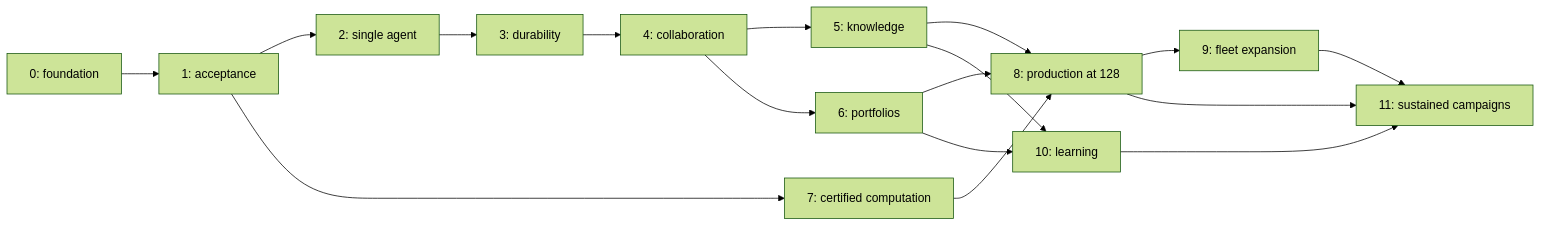
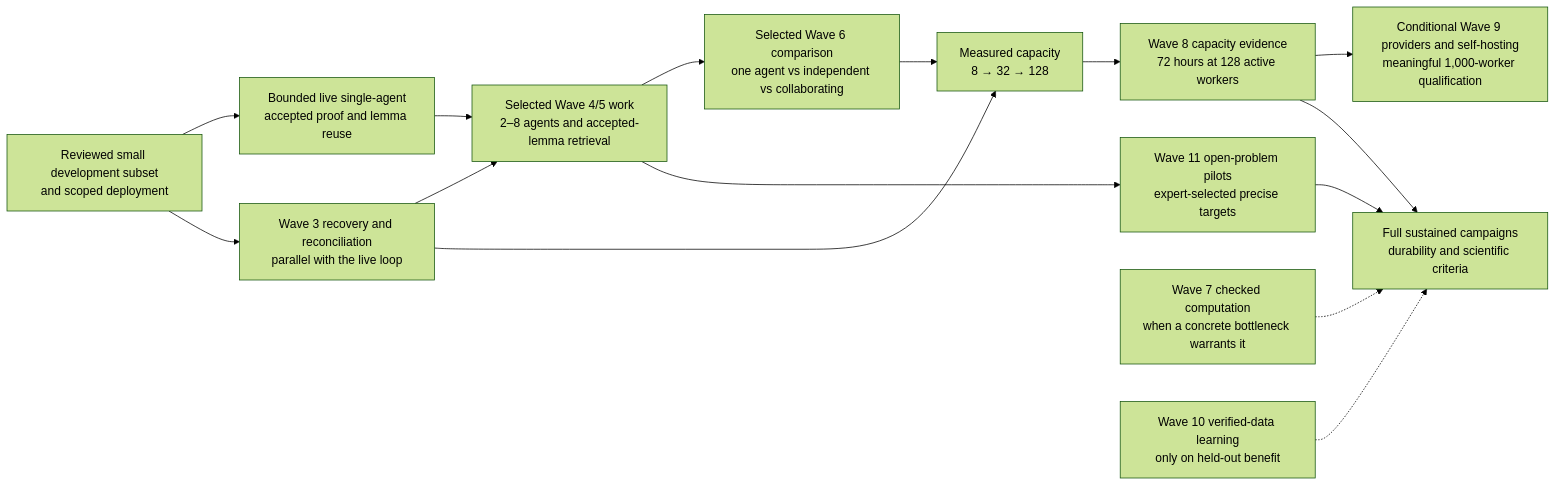
The diagram in docs/ROADMAP.md (zubadestroyer1/PhysHarness2), drawn with Mermaid (forest theme) before and after one commit. The commit also changed other lines of this file and 737 other files, not shown here.

````diff
--- a/docs/ROADMAP.md
+++ b/docs/ROADMAP.md
@@ -52,19 +62,17 @@
 ```mermaid
 flowchart LR
-    W0[0: foundation] --> W1[1: acceptance]
-    W1 --> W2[2: single agent]
-    W2 --> W3[3: durability]
-    W3 --> W4[4: collaboration]
-    W4 --> W5[5: knowledge]
-    W4 --> W6[6: portfolios]
-    W1 --> W7[7: certified computation]
-    W5 --> W8[8: production at 128]
-    W6 --> W8
-    W7 --> W8
-    W8 --> W9[9: fleet expansion]
-    W5 --> W10[10: learning]
-    W6 --> W10
-    W8 --> W11[11: sustained campaigns]
-    W9 --> W11
-    W10 --> W11
+    A[Reviewed small development subset<br/>and scoped deployment] --> B[Bounded live single-agent<br/>accepted proof and lemma reuse]
+    A --> C[Wave 3 recovery and reconciliation<br/>parallel with the live loop]
+    B --> D[Selected Wave 4/5 work<br/>2–8 agents and accepted-lemma retrieval]
+    C --> D
+    D --> E[Selected Wave 6 comparison<br/>one agent vs independent vs collaborating]
+    E --> F[Measured capacity<br/>8 → 32 → 128]
+    C --> F
+    F --> G[Wave 8 capacity evidence<br/>72 hours at 128 active workers]
+    G --> H[Conditional Wave 9 providers and self-hosting<br/>meaningful 1,000-worker qualification]
+    D --> I[Wave 11 open-problem pilots<br/>expert-selected precise targets]
+    I --> J[Full sustained campaigns<br/>durability and scientific criteria]
+    G --> J
+    K[Wave 7 checked computation<br/>when a concrete bottleneck warrants it] -.-> J
+    L[Wave 10 verified-data learning<br/>only on held-out benefit] -.-> J
 ```
````
